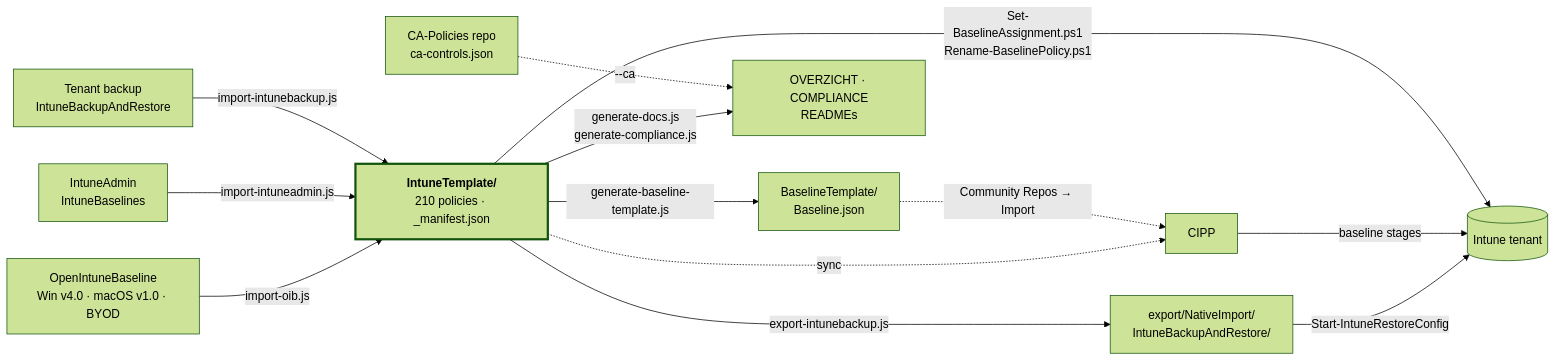
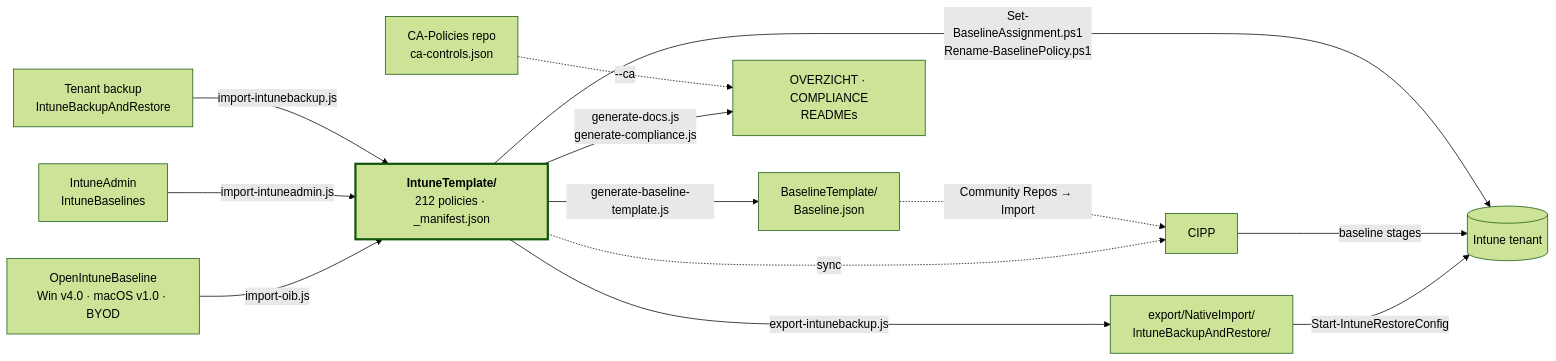
One commit to sjkanon/IntuneBackup changed the diagram in docs/STRUCTUUR.en.md. Above: the diagram before and after it, drawn with Mermaid (forest theme). The commit also changed other lines of this file and 38 other files, not shown here.

````diff
--- a/docs/STRUCTUUR.en.md
+++ b/docs/STRUCTUUR.en.md
@@ -24,21 +24,21 @@
 ```mermaid
 flowchart LR
   OIB["OpenIntuneBaseline<br/>Win v4.0 · macOS v1.0 · BYOD"] -->|import-oib.js| T
   IA["IntuneAdmin<br/>IntuneBaselines"] -->|import-intuneadmin.js| T
   BK["Tenant backup<br/>IntuneBackupAndRestore"] -->|import-intunebackup.js| T
 
-  T["<b>IntuneTemplate/</b><br/>210 policies · _manifest.json"]
+  T["<b>IntuneTemplate/</b><br/>212 policies · _manifest.json"]
 
   T -->|export-intunebackup.js| EX["export/NativeImport/<br/>IntuneBackupAndRestore/"]
   T -->|generate-baseline-template.js| BT["BaselineTemplate/<br/>Baseline.json"]
   T -->|generate-docs.js<br/>generate-compliance.js| DOC["OVERZICHT · COMPLIANCE<br/>READMEs"]
   CA["CA-Policies repo<br/>ca-controls.json"] -.->|--ca| DOC
 
   T -.->|sync| CIPP["CIPP"]
   BT -.->|Community Repos → Import| CIPP
   EX -->|Start-IntuneRestoreConfig| TEN[("Intune tenant")]
   CIPP -->|baseline stages| TEN
   T -->|Set-BaselineAssignment.ps1<br/>Rename-BaselinePolicy.ps1| TEN
 
   style T stroke-width:3px
 ```
````
